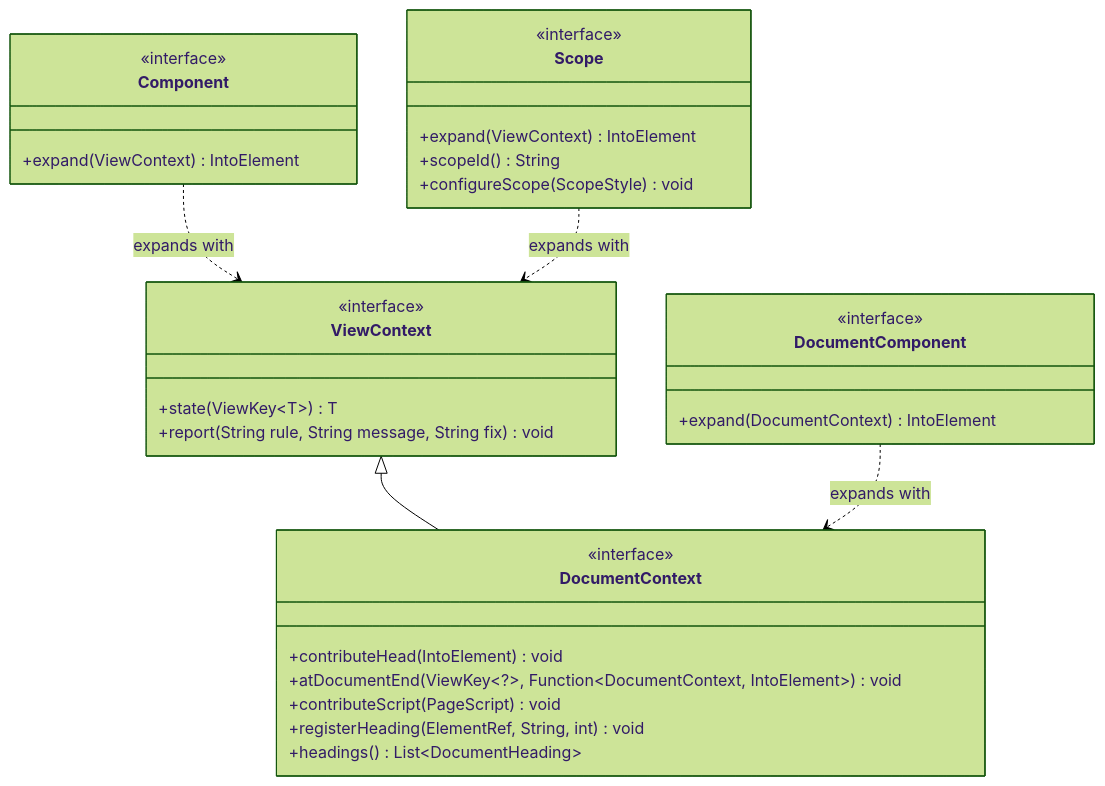
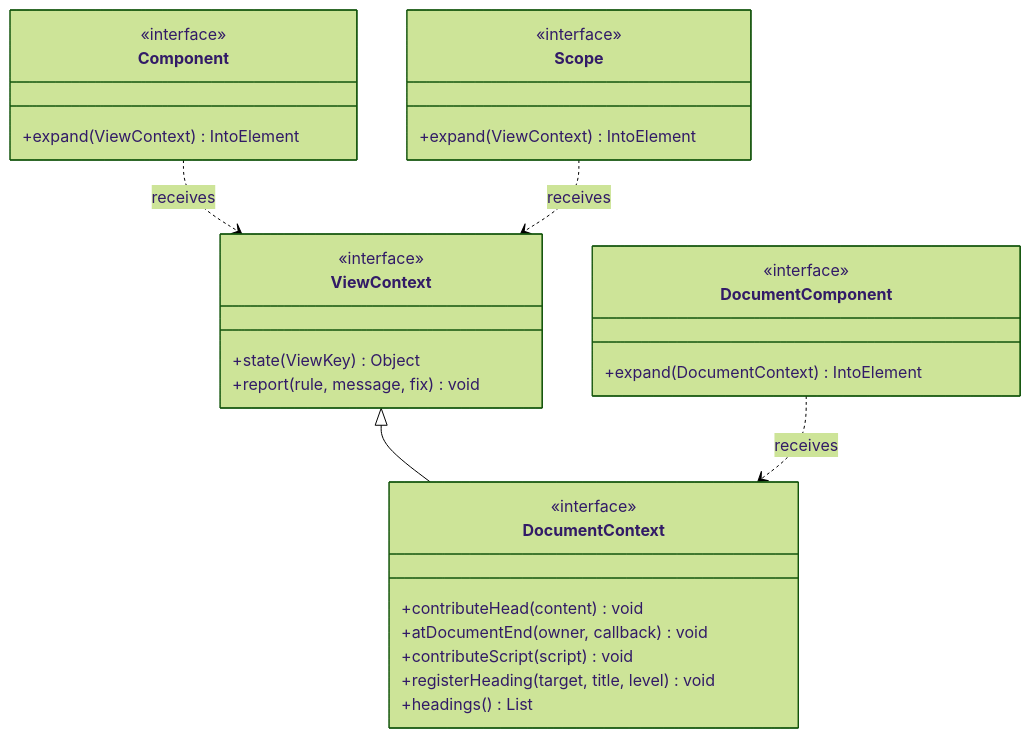
Before and after one commit to thiagogcm/tessera: the first of 2 diagrams in docs/architecture-redesign.md, drawn with Mermaid (forest theme). The commit also changed other lines of this file and 15 other files, not shown here.

````diff
--- a/docs/architecture-redesign.md
+++ b/docs/architecture-redesign.md
@@ -21,36 +21,33 @@
 ```mermaid
 classDiagram
     direction TB
     class ViewContext {
         <<interface>>
-        +state(ViewKey~T~) T
-        +report(String rule, String message, String fix) void
+        +state(ViewKey) Object
+        +report(rule, message, fix) void
     }
     class DocumentContext {
         <<interface>>
-        +contributeHead(IntoElement) void
-        +atDocumentEnd(ViewKey~?~, Function~DocumentContext, IntoElement~) void
-        +contributeScript(PageScript) void
-        +registerHeading(ElementRef, String, int) void
-        +headings() List~DocumentHeading~
+        +contributeHead(content) void
+        +atDocumentEnd(owner, callback) void
+        +contributeScript(script) void
+        +registerHeading(target, title, level) void
+        +headings() List
     }
     class Component {
         <<interface>>
         +expand(ViewContext) IntoElement
     }
     class Scope {
         <<interface>>
         +expand(ViewContext) IntoElement
-        +scopeId() String
-        +configureScope(ScopeStyle) void
     }
     class DocumentComponent {
         <<interface>>
         +expand(DocumentContext) IntoElement
     }
-
     ViewContext <|-- DocumentContext
-    Component ..> ViewContext : expands with
-    Scope ..> ViewContext : expands with
-    DocumentComponent ..> DocumentContext : expands with
+    Component ..> ViewContext : receives
+    Scope ..> ViewContext : receives
+    DocumentComponent ..> DocumentContext : receives
 ```
````
